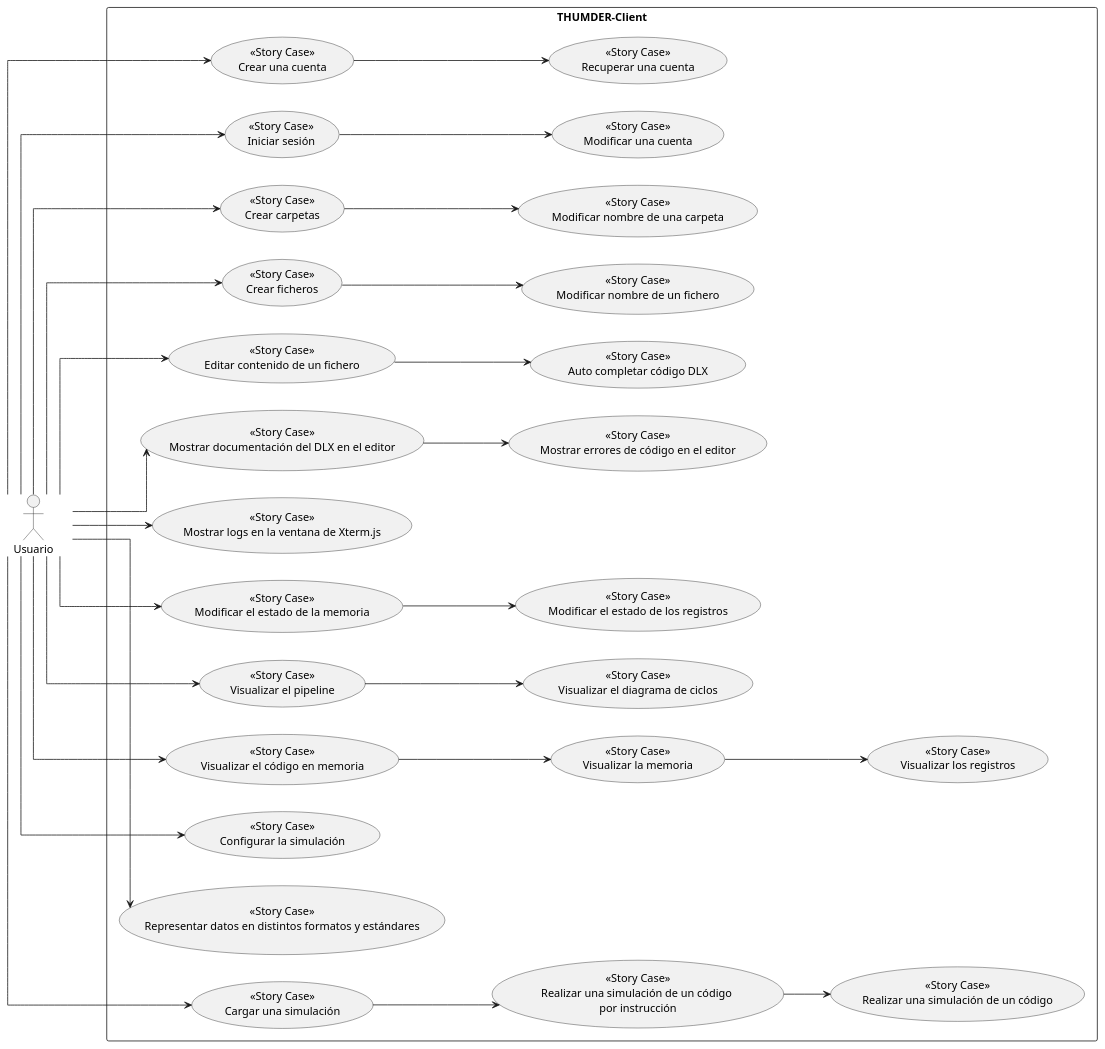
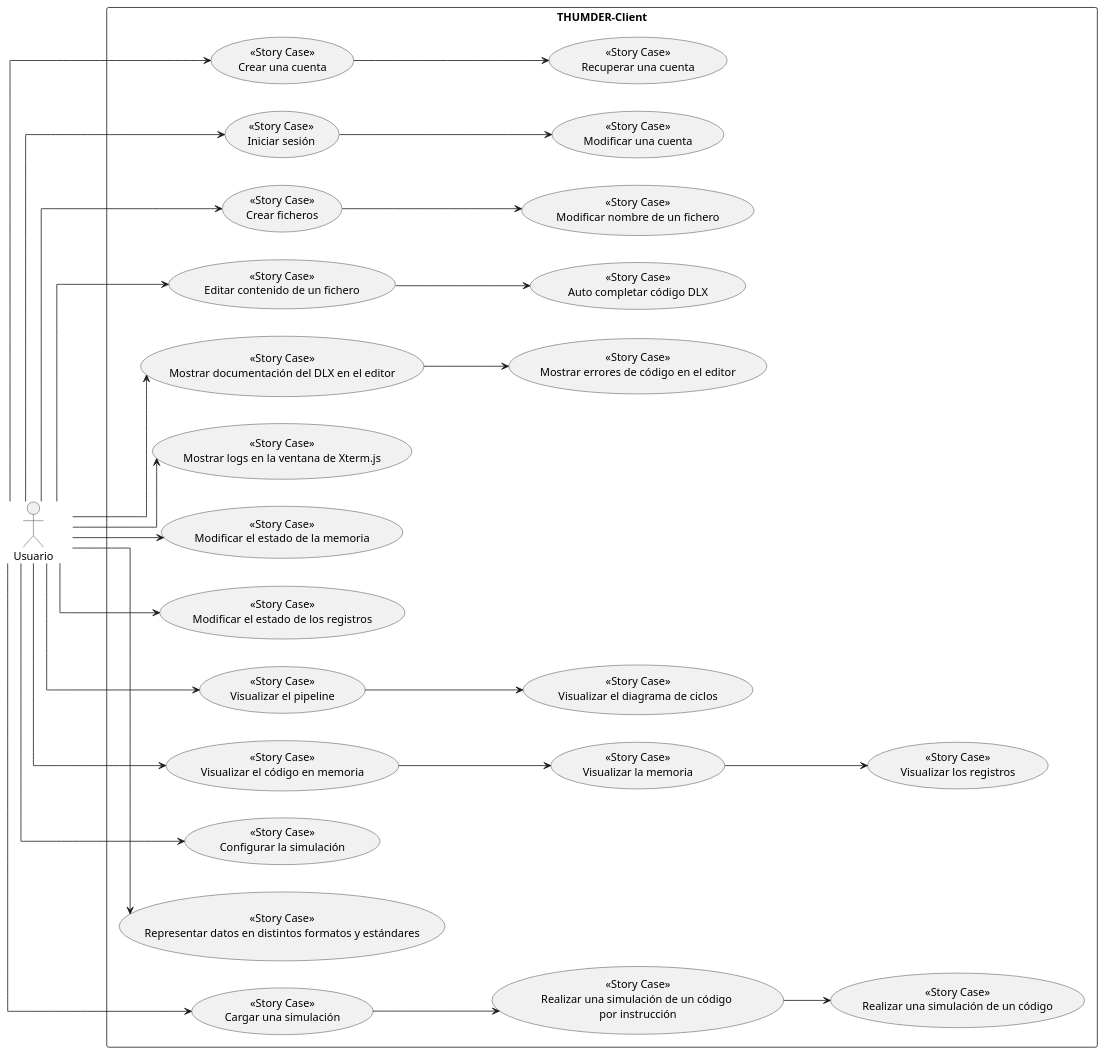
The diagram in UML/0.1.StoryCase.puml (nonodev96/THUMDER), drawn with PlantUML before and after one commit. The commit also changed 42 other files, not shown here.

Commit message:
refactor in machine simulator, fix pixi pipeline reset, add new documents in about view, add plantuml sequences

```diff
--- a/UML/0.1.StoryCase.puml
+++ b/UML/0.1.StoryCase.puml
@@ -1,105 +1,105 @@
 @startuml
 'https://plantuml.com/es/use-case-diagram
 '!theme amiga from https://raw.githubusercontent.com/plantuml/plantuml/master/themes
 skinparam defaultFontName consolas
 skinparam minClassWidth 100
 skinparam conditionStyle inside
 skinparam defaultTextAlignment center
 skinparam linetype polyline
 skinparam linetype ortho
 
 left to right direction
 'https://www.freeprojectz.com/uml-diagram/chat-application-system-sequence-diagram
 actor "Usuario" as user
 
 rectangle THUMDER-Client {
   usecase "<<Story Case>>\nCrear una cuenta" as S_CU1
   usecase "<<Story Case>>\nIniciar sesión" as S_CU2
   usecase "<<Story Case>>\nRecuperar una cuenta" as S_CU3
   usecase "<<Story Case>>\nModificar una cuenta" as S_CU4
-  usecase "<<Story Case>>\nCrear carpetas" as S_CU5
+  ''usecase "<<Story Case>>\nCrear carpetas" as S_CU5
   usecase "<<Story Case>>\nCrear ficheros" as S_CU6
-  usecase "<<Story Case>>\nModificar nombre de una carpeta" as S_CU7
+  ''usecase "<<Story Case>>\nModificar nombre de una carpeta" as S_CU7
   usecase "<<Story Case>>\nModificar nombre de un fichero" as S_CU8
   usecase "<<Story Case>>\nEditar contenido de un fichero" as S_CU9
   usecase "<<Story Case>>\nAuto completar código DLX" as S_CU10
   usecase "<<Story Case>>\nMostrar documentación del DLX en el editor" as S_CU11
   usecase "<<Story Case>>\nMostrar errores de código en el editor" as S_CU12
   usecase "<<Story Case>>\nMostrar logs en la ventana de Xterm.js" as S_CU13
   usecase "<<Story Case>>\nModificar el estado de la memoria" as S_CU14
   usecase "<<Story Case>>\nModificar el estado de los registros" as S_CU15
   usecase "<<Story Case>>\nVisualizar el pipeline" as S_CU16
   usecase "<<Story Case>>\nVisualizar el diagrama de ciclos" as S_CU17
   usecase "<<Story Case>>\nVisualizar el código en memoria" as S_CU18
   usecase "<<Story Case>>\nVisualizar la memoria" as S_CU19
   usecase "<<Story Case>>\nVisualizar los registros" as S_CU20
   usecase "<<Story Case>>\nConfigurar la simulación" as S_CU21
   usecase "<<Story Case>>\nRepresentar datos en distintos formatos y estándares" as S_CU22
   usecase "<<Story Case>>\nCargar una simulación" as S_CU23
   usecase "<<Story Case>>\nRealizar una simulación de un código \npor instrucción" as S_CU24
   usecase "<<Story Case>>\nRealizar una simulación de un código" as S_CU25
 }
 /'
 {cu-01}{Crear una cuenta}}{}
 {cu-02}{Iniciar una sesión}}{}
 {cu-03}{Recuperar una cuenta}}{}
 {cu-04}{Modificar una cuenta}}{}
 {cu-05}{Crear carpetas}}{}
 {cu-06}{Crear ficheros}}{}
 {cu-07}{Modificar nombre de una carpeta}}{}
 {cu-08}{Modificar nombre de una fichero}}{}
 {cu-09}{Editar contenido de un fichero}}{}
 {cu-10}{Auto completar código DLX}}{}
 {cu-11}{Mostrar documentación del DLX en el editor}}{}
 {cu-12}{Mostrar errores de código en el editor}}{}
 {cu-13}{Mostrar logs en la ventana de Xterm.js}}{}
 {cu-14}{Modificar el estado de la memoria}}{}
 {cu-15}{Modificar el estado de los registros}}{}
 {cu-16}{Visualizar el pipeline}}{}
 {cu-17}{Visualizar el diagrama de ciclos}}{}
 {cu-18}{Visualizar el código en memoria}}{}
 {cu-19}{Visualizar la memoria}}{}
 {cu-20}{Visualizar los registros}}{}
 {cu-21}{Configurar la simulación}}{}
 {cu-22}{Representar datos en distintos formatos y estándares}}{}
 {cu-23}{Cargar una simulación}}{}
 {cu-24}{Realizar una simulación de un código por instrucción}}{}
 {cu-25}{Realizar una simulación de un código}}{}
 
 rectangle THUMDER-Server {
   usecase "Recibir" as S_UC00
   usecase "Analizar" as S_UC01
   usecase "Simular" as S_UC02
   usecase "Responder" as S_UC03
 }
 '/
 
 'admin --> UC01
 'admin --> UC02
 user --> S_CU1
 user --> S_CU2
 S_CU1 --> S_CU3
 S_CU2 --> S_CU4
-user --> S_CU5
+''user --> S_CU5
 user --> S_CU6
-S_CU5 --> S_CU7
+''S_CU5 --> S_CU7
 S_CU6 --> S_CU8
 user --> S_CU9
 S_CU9 --> S_CU10
 user --> S_CU11
 S_CU11 --> S_CU12
 user --> S_CU13
 user --> S_CU14
-S_CU14 --> S_CU15
+user --> S_CU15
 user --> S_CU16
 S_CU16 --> S_CU17
 user --> S_CU18
 S_CU18 --> S_CU19
 S_CU19 --> S_CU20
 user --> S_CU21
 user --> S_CU22
 user --> S_CU23
 S_CU23 --> S_CU24
 S_CU24 --> S_CU25
 
 @enduml
```
